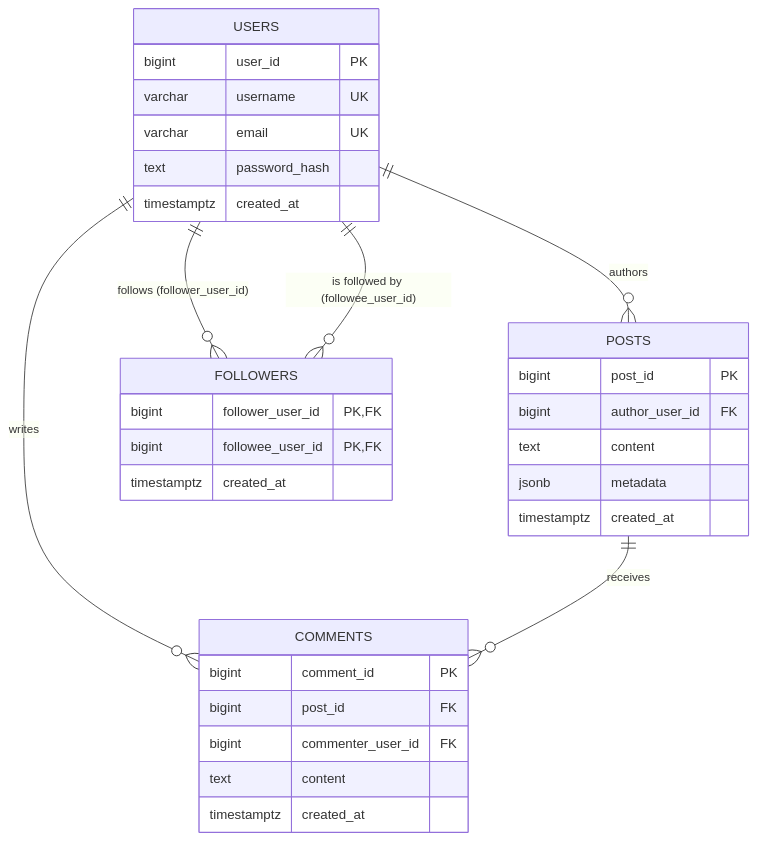
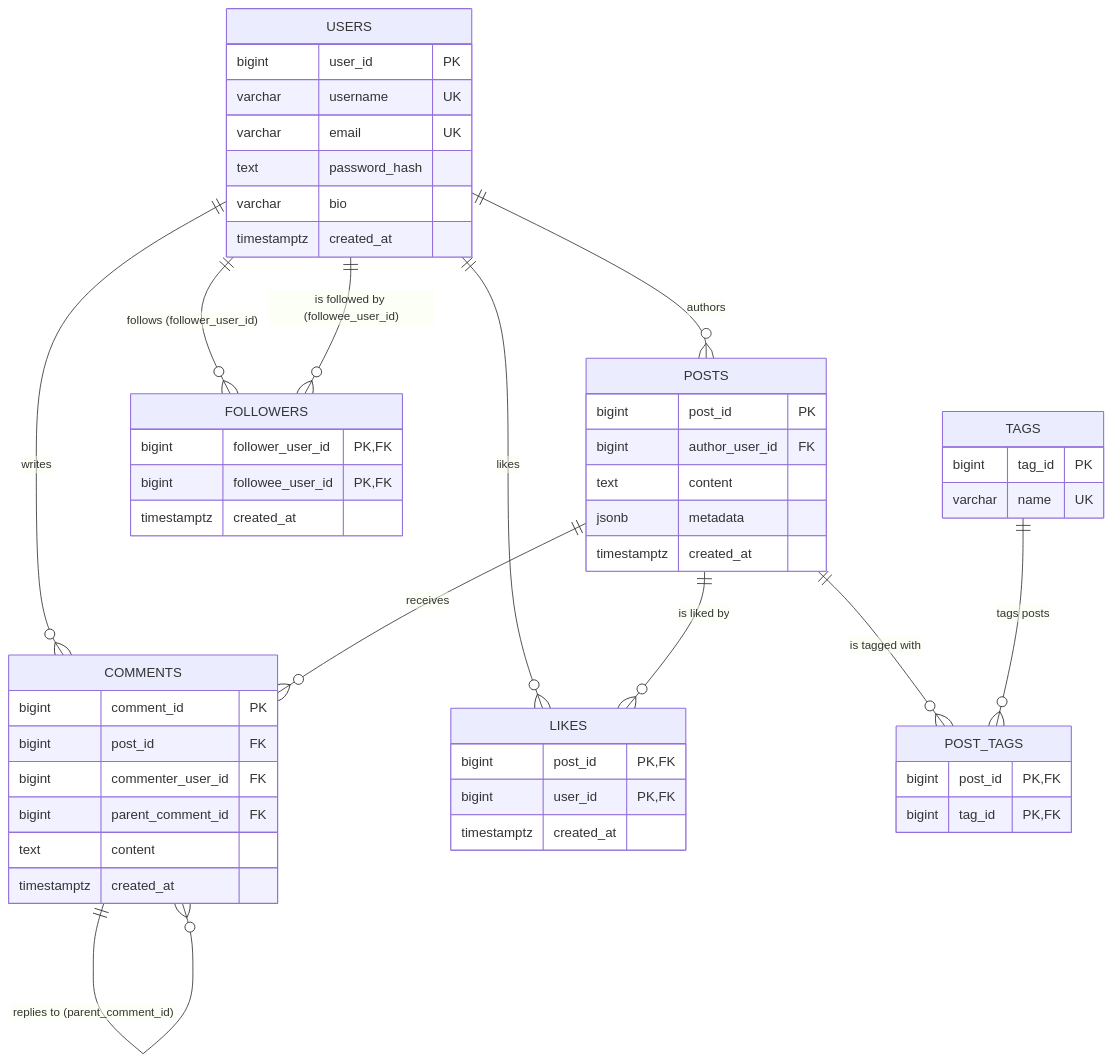
One commit to Ndaziramiyep/AmaliTech_Python_Backend_Labs changed the diagram in Database_Fundamentals/Social_Media_Lab/docs/er_diagram.md. Above: the diagram before and after it, drawn with Mermaid. The commit also changed other lines of this file and 60 other files, not shown here.

````diff
--- a/Database_Fundamentals/Social_Media_Lab/docs/er_diagram.md
+++ b/Database_Fundamentals/Social_Media_Lab/docs/er_diagram.md
@@ -3,38 +3,61 @@
 ```mermaid
 erDiagram
     USERS ||--o{ POSTS : authors
     USERS ||--o{ COMMENTS : writes
     POSTS ||--o{ COMMENTS : receives
+    COMMENTS ||--o{ COMMENTS : "replies to (parent_comment_id)"
     USERS ||--o{ FOLLOWERS : "follows (follower_user_id)"
     USERS ||--o{ FOLLOWERS : "is followed by (followee_user_id)"
+    USERS ||--o{ LIKES : likes
+    POSTS ||--o{ LIKES : "is liked by"
+    POSTS ||--o{ POST_TAGS : "is tagged with"
+    TAGS ||--o{ POST_TAGS : "tags posts"
 
     USERS {
         bigint user_id PK
         varchar username UK
         varchar email UK
         text password_hash
+        varchar bio
         timestamptz created_at
     }
 
     POSTS {
         bigint post_id PK
         bigint author_user_id FK
         text content
         jsonb metadata
         timestamptz created_at
     }
 
     COMMENTS {
         bigint comment_id PK
         bigint post_id FK
         bigint commenter_user_id FK
+        bigint parent_comment_id FK
         text content
         timestamptz created_at
     }
 
     FOLLOWERS {
         bigint follower_user_id PK,FK
         bigint followee_user_id PK,FK
         timestamptz created_at
     }
+
+    LIKES {
+        bigint post_id PK,FK
+        bigint user_id PK,FK
+        timestamptz created_at
+    }
+
+    TAGS {
+        bigint tag_id PK
+        varchar name UK
+    }
+
+    POST_TAGS {
+        bigint post_id PK,FK
+        bigint tag_id PK,FK
+    }
 ```
````
